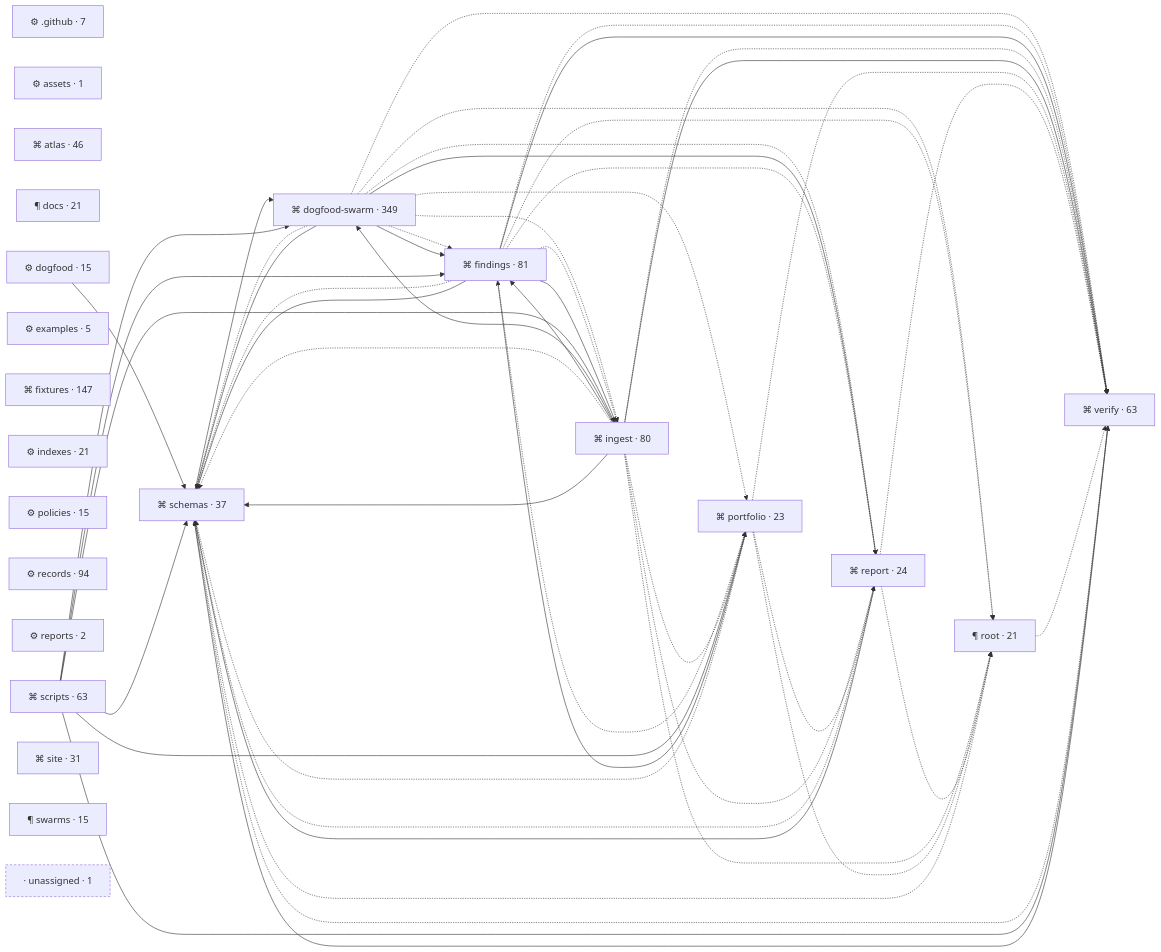
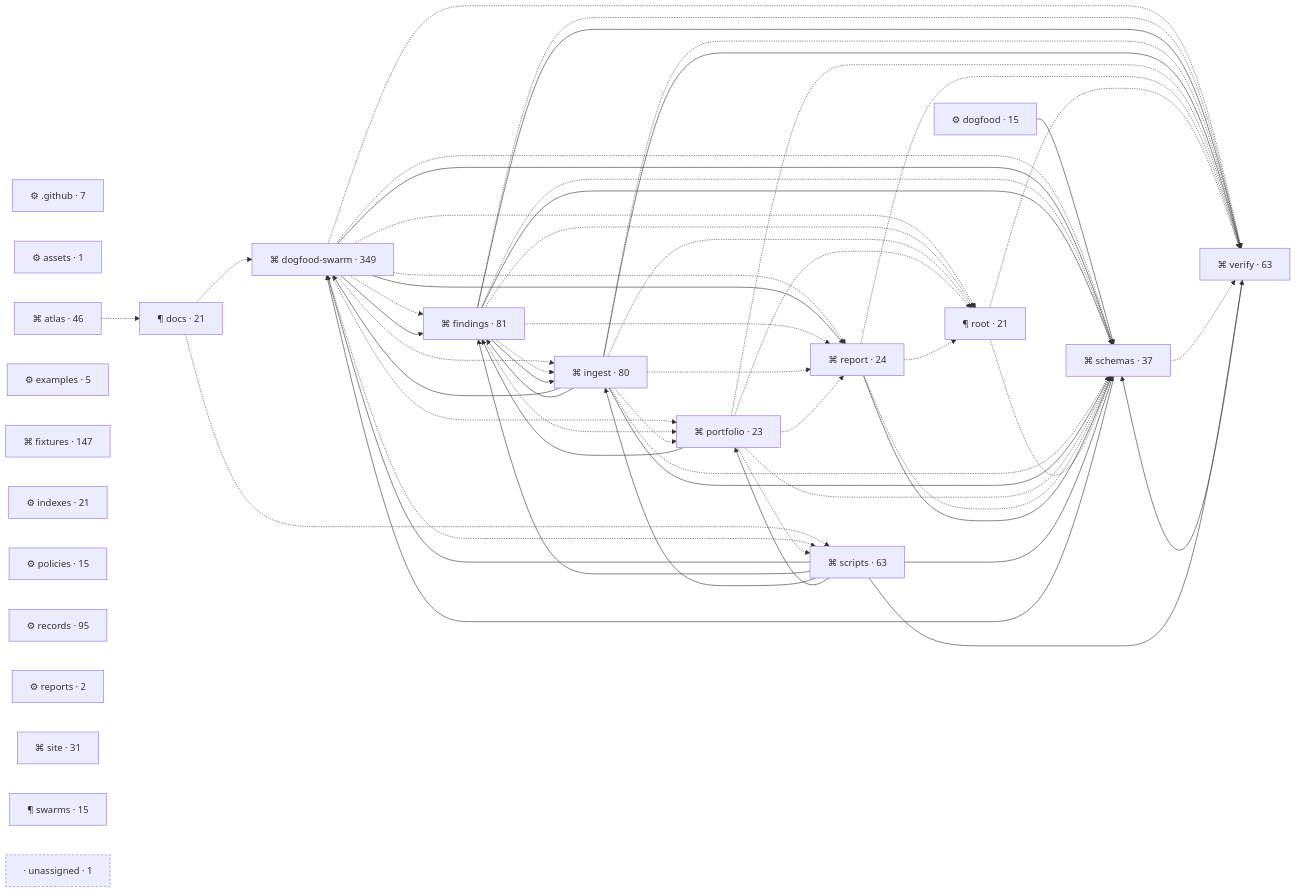
The diagram in atlas/dev.md (dogfood-lab/testing-os), drawn with Mermaid before and after one commit. The commit also changed other lines of this file and 5 other files, not shown here.

````diff
--- a/atlas/dev.md
+++ b/atlas/dev.md
@@ -7,76 +7,81 @@
 ```mermaid
 flowchart LR
 n__github["⚙ .github · 7"]
 n_assets["⚙ assets · 1"]
 n_atlas["⌘ atlas · 46"]
 n_docs["¶ docs · 21"]
 n_dogfood["⚙ dogfood · 15"]
 n_dogfood_swarm["⌘ dogfood-swarm · 349"]
 n_examples["⚙ examples · 5"]
 n_findings["⌘ findings · 81"]
 n_fixtures["⌘ fixtures · 147"]
 n_indexes["⚙ indexes · 21"]
 n_ingest["⌘ ingest · 80"]
 n_policies["⚙ policies · 15"]
 n_portfolio["⌘ portfolio · 23"]
-n_records["⚙ records · 94"]
+n_records["⚙ records · 95"]
 n_report["⌘ report · 24"]
 n_reports["⚙ reports · 2"]
 n_root["¶ root · 21"]
 n_schemas["⌘ schemas · 37"]
 n_scripts["⌘ scripts · 63"]
 n_site["⌘ site · 31"]
 n_swarms["¶ swarms · 15"]
 n_verify["⌘ verify · 63"]
 unassigned["· unassigned · 1"]:::unassigned
+n_atlas -.-> n_docs
+n_docs -.-> n_dogfood_swarm
+n_docs -.-> n_scripts
 n_dogfood --> n_schemas
 n_dogfood_swarm -.-> n_findings
 n_dogfood_swarm --> n_findings
 n_dogfood_swarm -.-> n_ingest
 n_dogfood_swarm -.-> n_portfolio
 n_dogfood_swarm -.-> n_report
 n_dogfood_swarm --> n_report
 n_dogfood_swarm -.-> n_root
 n_dogfood_swarm -.-> n_schemas
 n_dogfood_swarm --> n_schemas
+n_dogfood_swarm -.-> n_scripts
 n_dogfood_swarm -.-> n_verify
 n_findings -.-> n_ingest
 n_findings --> n_ingest
 n_findings -.-> n_portfolio
 n_findings -.-> n_report
 n_findings -.-> n_root
 n_findings -.-> n_schemas
 n_findings --> n_schemas
 n_findings -.-> n_verify
 n_findings --> n_verify
 n_ingest --> n_dogfood_swarm
 n_ingest --> n_findings
 n_ingest -.-> n_portfolio
 n_ingest -.-> n_report
 n_ingest -.-> n_root
 n_ingest -.-> n_schemas
 n_ingest --> n_schemas
 n_ingest -.-> n_verify
 n_ingest --> n_verify
 n_portfolio --> n_findings
 n_portfolio -.-> n_report
 n_portfolio -.-> n_root
 n_portfolio -.-> n_schemas
+n_portfolio -.-> n_scripts
 n_portfolio -.-> n_verify
 n_report -.-> n_root
 n_report -.-> n_schemas
 n_report --> n_schemas
 n_report -.-> n_verify
 n_root -.-> n_schemas
 n_root -.-> n_verify
 n_schemas --> n_dogfood_swarm
 n_schemas -.-> n_verify
 n_scripts --> n_dogfood_swarm
 n_scripts --> n_findings
 n_scripts --> n_ingest
 n_scripts --> n_portfolio
 n_scripts --> n_schemas
 n_scripts --> n_verify
 n_verify --> n_schemas
 classDef unassigned stroke-dasharray: 4 3
 ```
````
